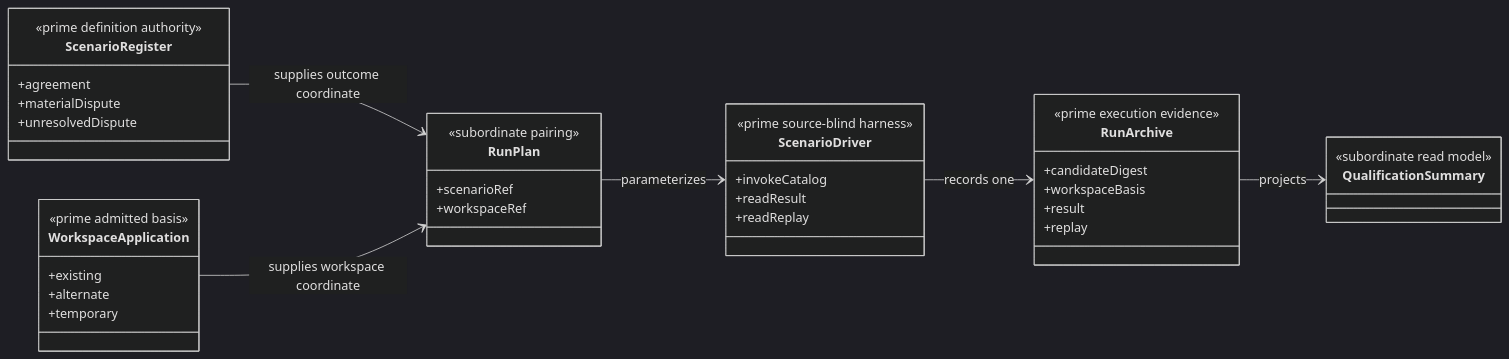
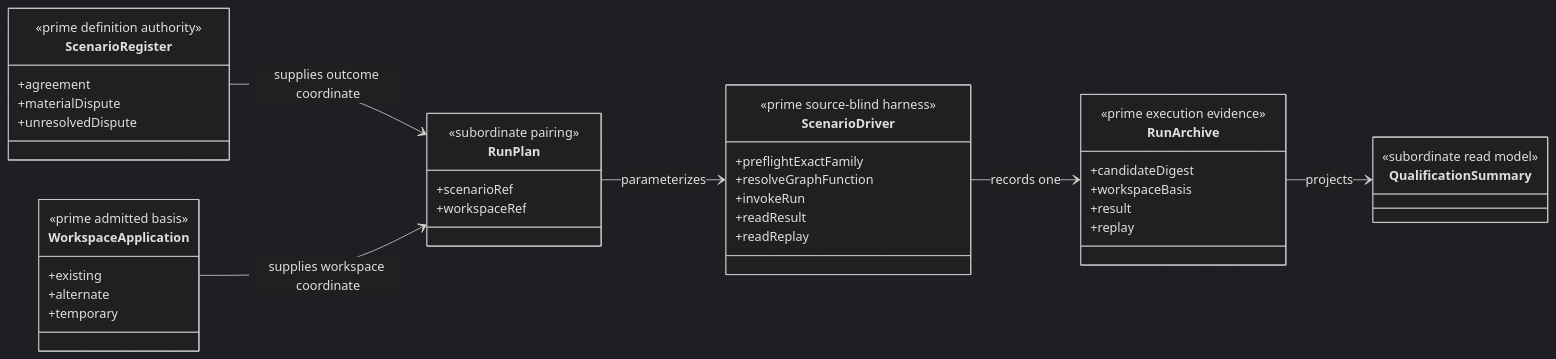
Before and after one commit to foolishimp/abiogenesis: the first of 3 diagrams in build_tenants/abiogenesis/typescript/design/M04_M05_INSTALLED_CONSENSUS_SCENARIO_PRIME_CONTRACTION_BEHAVIOR_DESIGN.md, drawn with Mermaid (dark theme). The commit also changed other lines of this file and 2 other files, not shown here.

````diff
--- a/build_tenants/abiogenesis/typescript/design/M04_M05_INSTALLED_CONSENSUS_SCENARIO_PRIME_CONTRACTION_BEHAVIOR_DESIGN.md
+++ b/build_tenants/abiogenesis/typescript/design/M04_M05_INSTALLED_CONSENSUS_SCENARIO_PRIME_CONTRACTION_BEHAVIOR_DESIGN.md
@@ -127,43 +142,45 @@
 ```mermaid
 classDiagram
   direction LR
   class ScenarioRegister {
     <<prime definition authority>>
     +agreement
     +materialDispute
     +unresolvedDispute
   }
   class WorkspaceApplication {
     <<prime admitted basis>>
     +existing
     +alternate
     +temporary
   }
   class ScenarioDriver {
     <<prime source-blind harness>>
-    +invokeCatalog
+    +preflightExactFamily
+    +resolveGraphFunction
+    +invokeRun
     +readResult
     +readReplay
   }
   class RunPlan {
     <<subordinate pairing>>
     +scenarioRef
     +workspaceRef
   }
   class RunArchive {
     <<prime execution evidence>>
     +candidateDigest
     +workspaceBasis
     +result
     +replay
   }
   class QualificationSummary {
     <<subordinate read model>>
   }
 
   ScenarioRegister --> RunPlan : supplies outcome coordinate
   WorkspaceApplication --> RunPlan : supplies workspace coordinate
   RunPlan --> ScenarioDriver : parameterizes
   ScenarioDriver --> RunArchive : records one
   RunArchive --> QualificationSummary : projects
 ```
````
